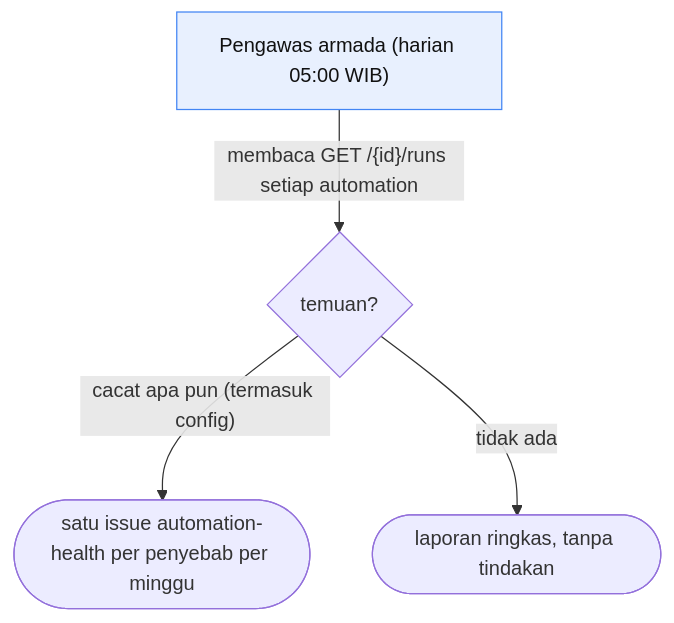
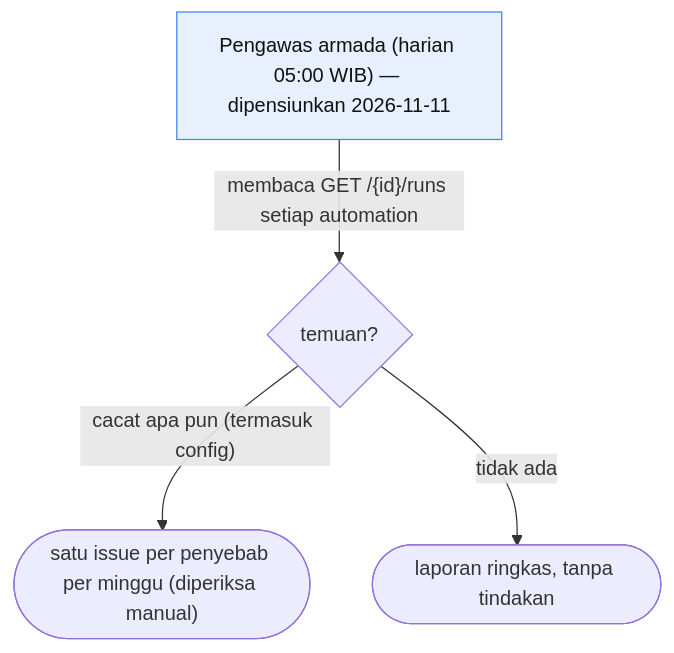
One commit to cipansor/cipansor changed the sixth of 6 diagrams in docs/SDLC-FLOW.md. Above: the diagram before and after it, drawn with Mermaid. The commit also changed other lines of this file and 37 other files, not shown here.

First line of the commit message:
chore: retire needs-info/pending-maintainer/bot-implement, add per-type issue forms

````diff
--- a/docs/SDLC-FLOW.md
+++ b/docs/SDLC-FLOW.md
@@ -632,8 +623,8 @@
 ```mermaid
 flowchart TD
   classDef cloud fill:#e8f0fe,stroke:#4285f4,color:#111;
-  WD["Pengawas armada (harian 05:00 WIB)"]:::cloud
+  WD["Pengawas armada (harian 05:00 WIB) — dipensiunkan 2026-11-11"]:::cloud
   WD -- "membaca GET /{id}/runs setiap automation" --> SCAN{"temuan?"}
-  SCAN -- "cacat apa pun (termasuk config)" --> ISS(["satu issue automation-health per penyebab per minggu"])
+  SCAN -- "cacat apa pun (termasuk config)" --> ISS(["satu issue per penyebab per minggu (diperiksa manual)"])
   SCAN -- "tidak ada" --> OK(["laporan ringkas, tanpa tindakan"])
 ```
````
